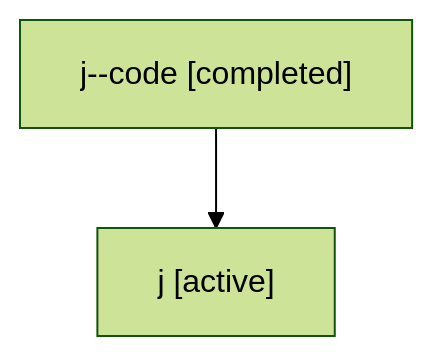
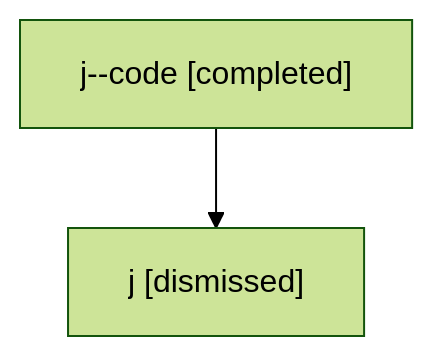
Before and after one commit to sase-org/sase--agents: the diagram in sessions/bbugyi200.athena.j.md, drawn with Mermaid (forest theme). The commit also changed other lines of this file and 11 other files, not shown here.

````diff
--- a/sessions/bbugyi200.athena.j.md
+++ b/sessions/bbugyi200.athena.j.md
@@ -9,6 +9,6 @@
 ```mermaid
 flowchart TD
   n0["j--code [completed]"]
-  n1["j [active]"]
+  n1["j [dismissed]"]
   n0 --> n1
 ```
````
